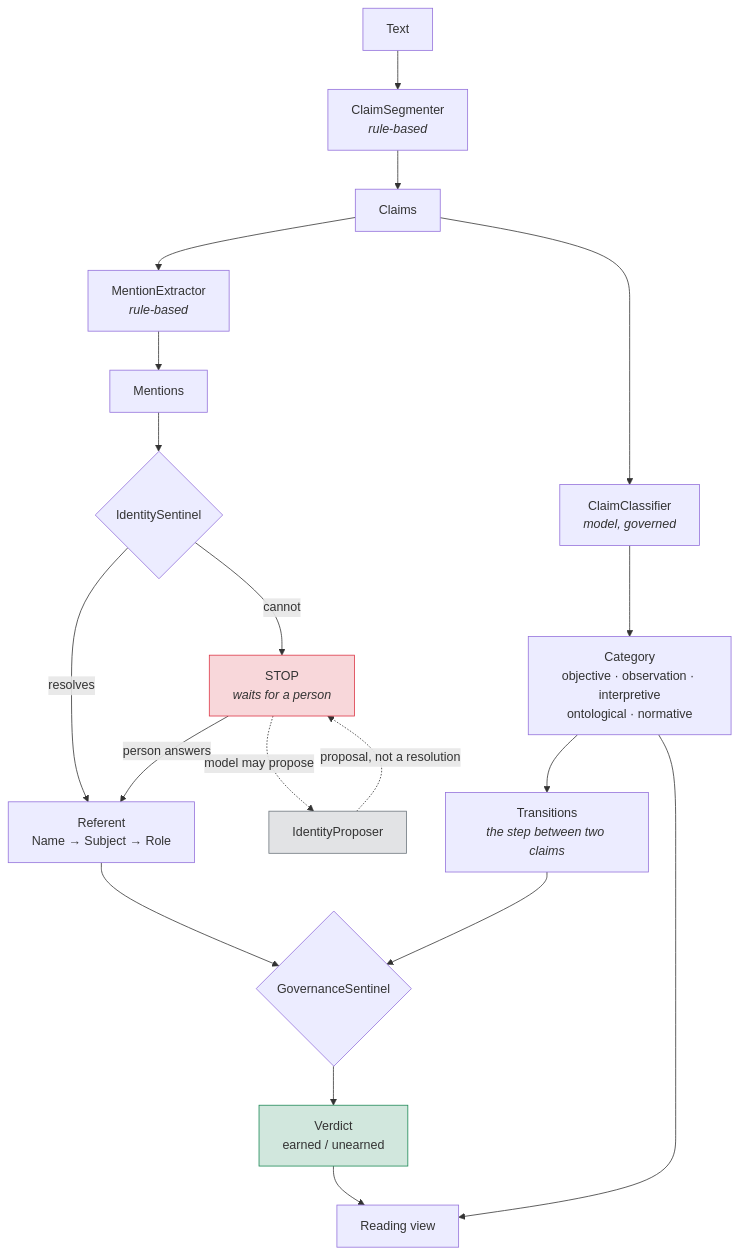
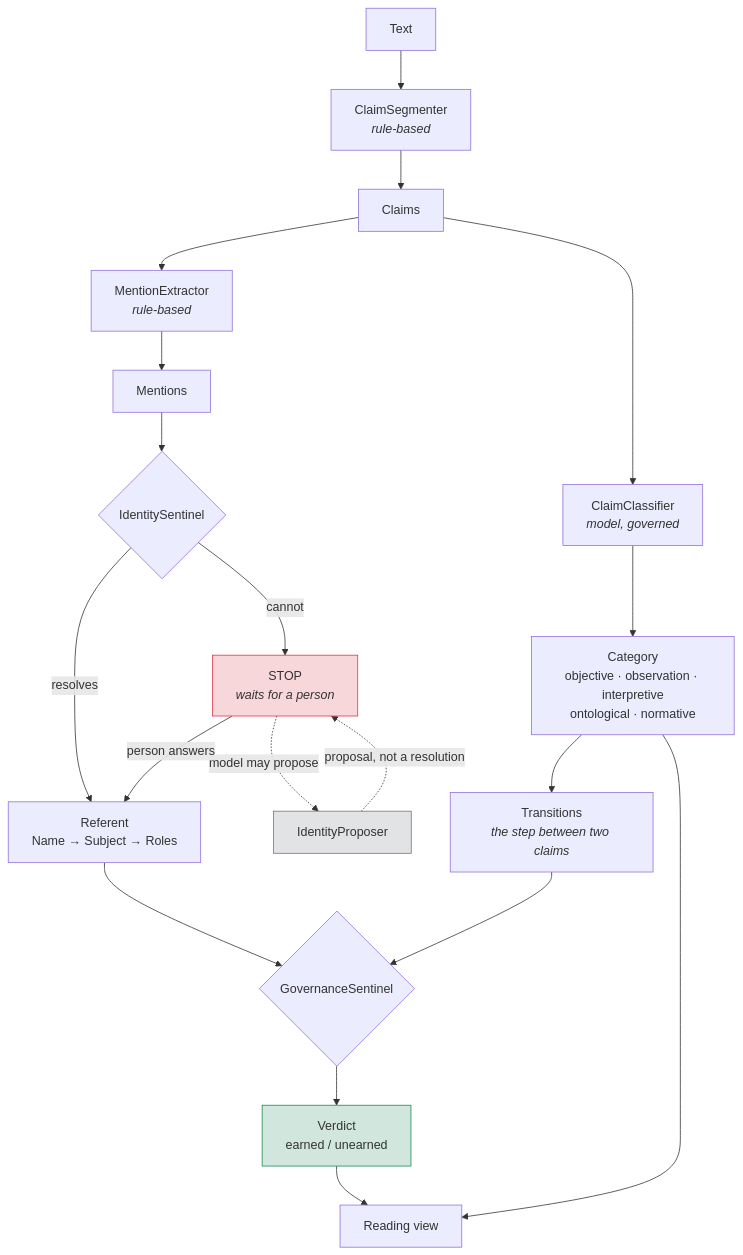
One commit to jhighman/alexicon changed the first of 10 diagrams in docs/ARCHITECTURE.md. Above: the diagram before and after it, drawn with Mermaid. The commit also changed other lines of this file and 12 other files, not shown here.

````diff
--- a/docs/ARCHITECTURE.md
+++ b/docs/ARCHITECTURE.md
@@ -25,30 +25,30 @@
 ```mermaid
 flowchart TD
     T["Text"] --> S["ClaimSegmenter<br/><i>rule-based</i>"]
     S --> C["Claims"]
     C --> X["MentionExtractor<br/><i>rule-based</i>"]
     X --> M["Mentions"]
     M --> IS{"IdentitySentinel"}
 
-    IS -->|"resolves"| R["Referent<br/>Name → Subject → Role"]
+    IS -->|"resolves"| R["Referent<br/>Name → Subject → Roles"]
     IS -->|"cannot"| STOP["STOP<br/><i>waits for a person</i>"]
 
     STOP -.->|"model may propose"| IP["IdentityProposer"]
     IP -.->|"proposal, not a resolution"| STOP
     STOP -->|"person answers"| R
 
     C --> CL["ClaimClassifier<br/><i>model, governed</i>"]
     CL --> CAT["Category<br/>objective · observation · interpretive<br/>ontological · normative"]
 
     CAT --> TR["Transitions<br/><i>the step between two claims</i>"]
     R --> GS
     TR --> GS{"GovernanceSentinel"}
     GS --> V["Verdict<br/>earned / unearned"]
 
     V --> RV["Reading view"]
     CAT --> RV
 
     style STOP fill:#f8d7da,stroke:#dc3545
     style V fill:#d1e7dd,stroke:#198754
     style IP fill:#e2e3e5,stroke:#6c757d
 ```
````
